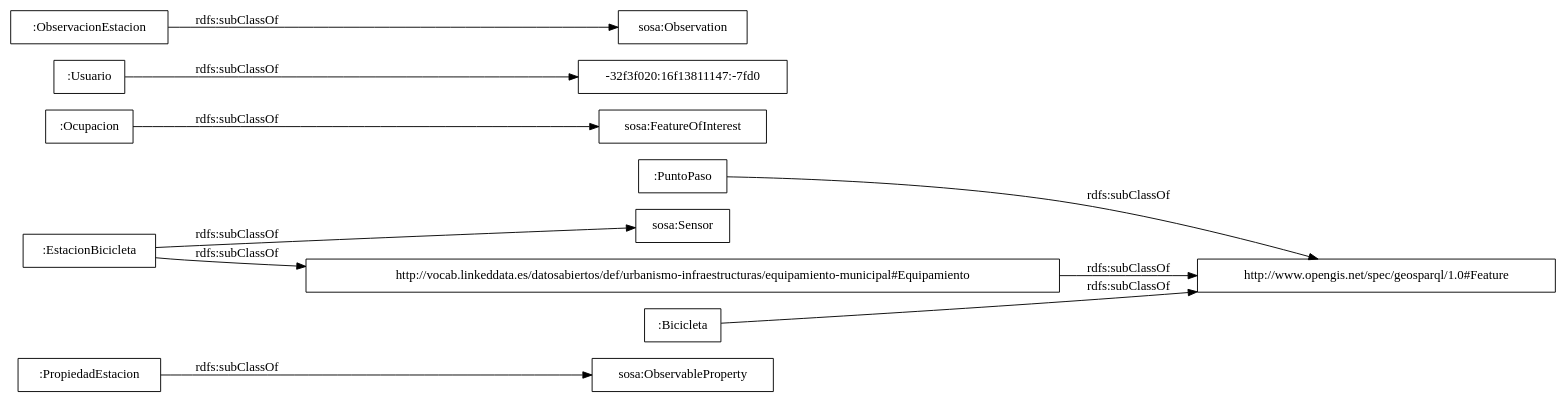
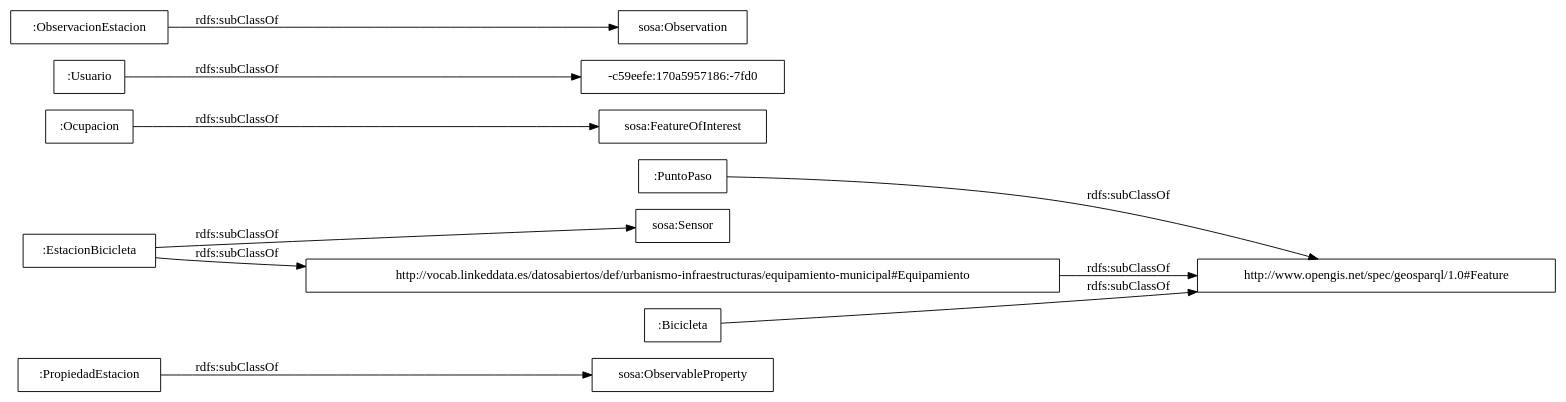
One commit to opencitydata/transporte-bici-datos-publicos changed the diagram in OnToology/Ontology/bicicleta-publica.owl/diagrams/ar2dtool-taxonomy/bicicleta-publica.owl.png.dot. Above: the diagram before and after it, drawn with Graphviz. The commit also changed 8 other files, not shown here.

```diff
--- a/OnToology/Ontology/bicicleta-publica.owl/diagrams/ar2dtool-taxonomy/bicicleta-publica.owl.png.dot
+++ b/OnToology/Ontology/bicicleta-publica.owl/diagrams/ar2dtool-taxonomy/bicicleta-publica.owl.png.dot
@@ -1,15 +1,15 @@
 digraph ar2dtool_diagram { 
 rankdir=LR;
 size="1000"
-node [shape = rectangle, color="black"]; ":PropiedadEstacion" ":PuntoPaso" "sosa:ObservableProperty" "sosa:FeatureOfInterest" ":Usuario" ":Ocupacion" "sosa:Observation" "-32f3f020:16f13811147:-7fd0" "sosa:Sensor" "http://vocab.linkeddata.es/datosabiertos/def/urbanismo-infraestructuras/equipamiento-municipal#Equipamiento" ":EstacionBicicleta" ":ObservacionEstacion" ":Bicicleta" "http://www.opengis.net/spec/geosparql/1.0#Feature" ; /*classes style*/
+node [shape = rectangle, color="black"]; ":PropiedadEstacion" ":PuntoPaso" "sosa:ObservableProperty" "sosa:FeatureOfInterest" ":Usuario" ":Ocupacion" "sosa:Observation" "sosa:Sensor" "http://vocab.linkeddata.es/datosabiertos/def/urbanismo-infraestructuras/equipamiento-municipal#Equipamiento" "-c59eefe:170a5957186:-7fd0" ":EstacionBicicleta" ":ObservacionEstacion" ":Bicicleta" "http://www.opengis.net/spec/geosparql/1.0#Feature" ; /*classes style*/
 	"http://vocab.linkeddata.es/datosabiertos/def/urbanismo-infraestructuras/equipamiento-municipal#Equipamiento" -> "http://www.opengis.net/spec/geosparql/1.0#Feature" [ label = "rdfs:subClassOf" ];
 	":EstacionBicicleta" -> "http://vocab.linkeddata.es/datosabiertos/def/urbanismo-infraestructuras/equipamiento-municipal#Equipamiento" [ label = "rdfs:subClassOf" ];
 	":EstacionBicicleta" -> "sosa:Sensor" [ label = "rdfs:subClassOf" ];
-	":Usuario" -> "-32f3f020:16f13811147:-7fd0" [ label = "rdfs:subClassOf" ];
+	":Usuario" -> "-c59eefe:170a5957186:-7fd0" [ label = "rdfs:subClassOf" ];
 	":Bicicleta" -> "http://www.opengis.net/spec/geosparql/1.0#Feature" [ label = "rdfs:subClassOf" ];
 	":PuntoPaso" -> "http://www.opengis.net/spec/geosparql/1.0#Feature" [ label = "rdfs:subClassOf" ];
 	":Ocupacion" -> "sosa:FeatureOfInterest" [ label = "rdfs:subClassOf" ];
 	":PropiedadEstacion" -> "sosa:ObservableProperty" [ label = "rdfs:subClassOf" ];
 	":ObservacionEstacion" -> "sosa:Observation" [ label = "rdfs:subClassOf" ];
 
 }
```
